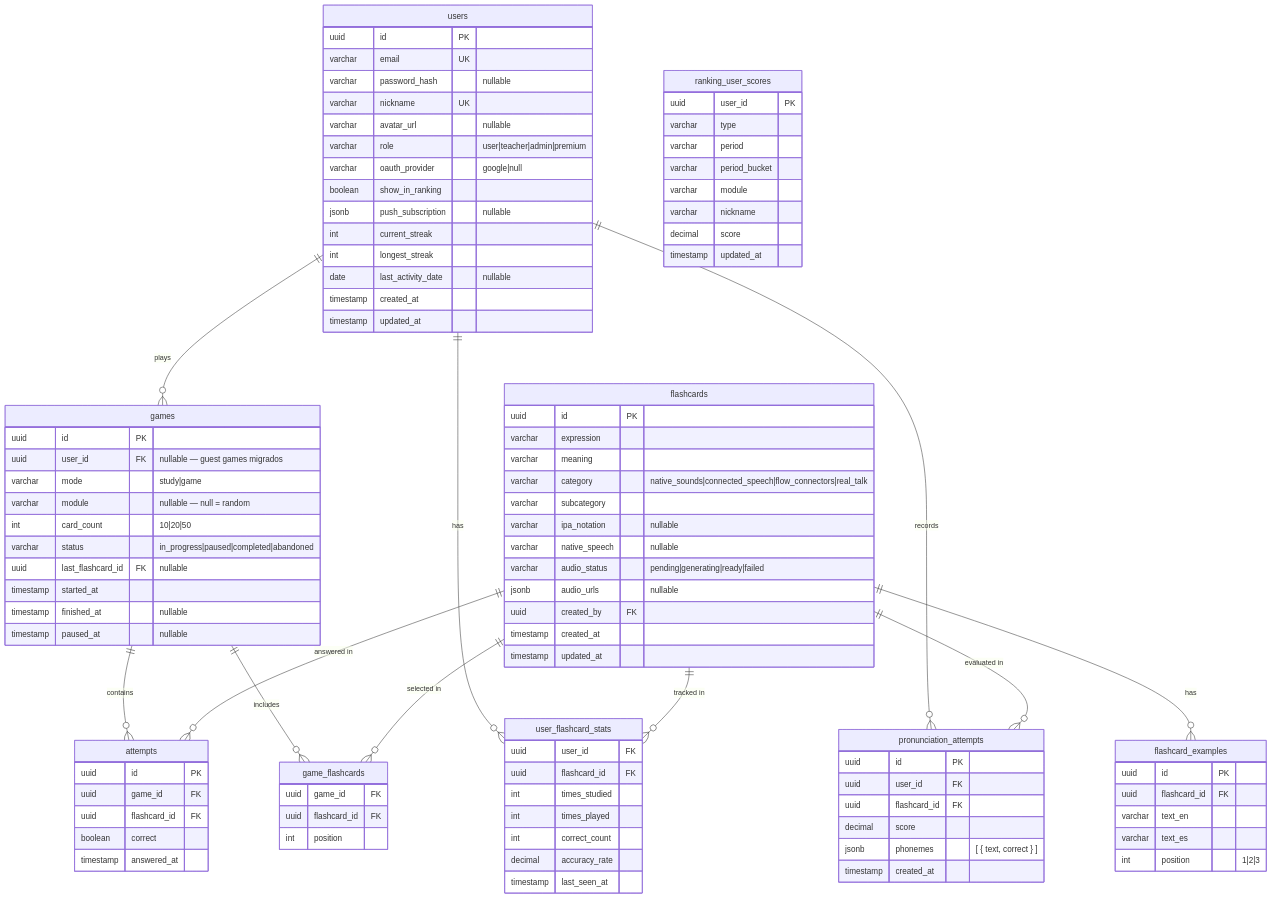
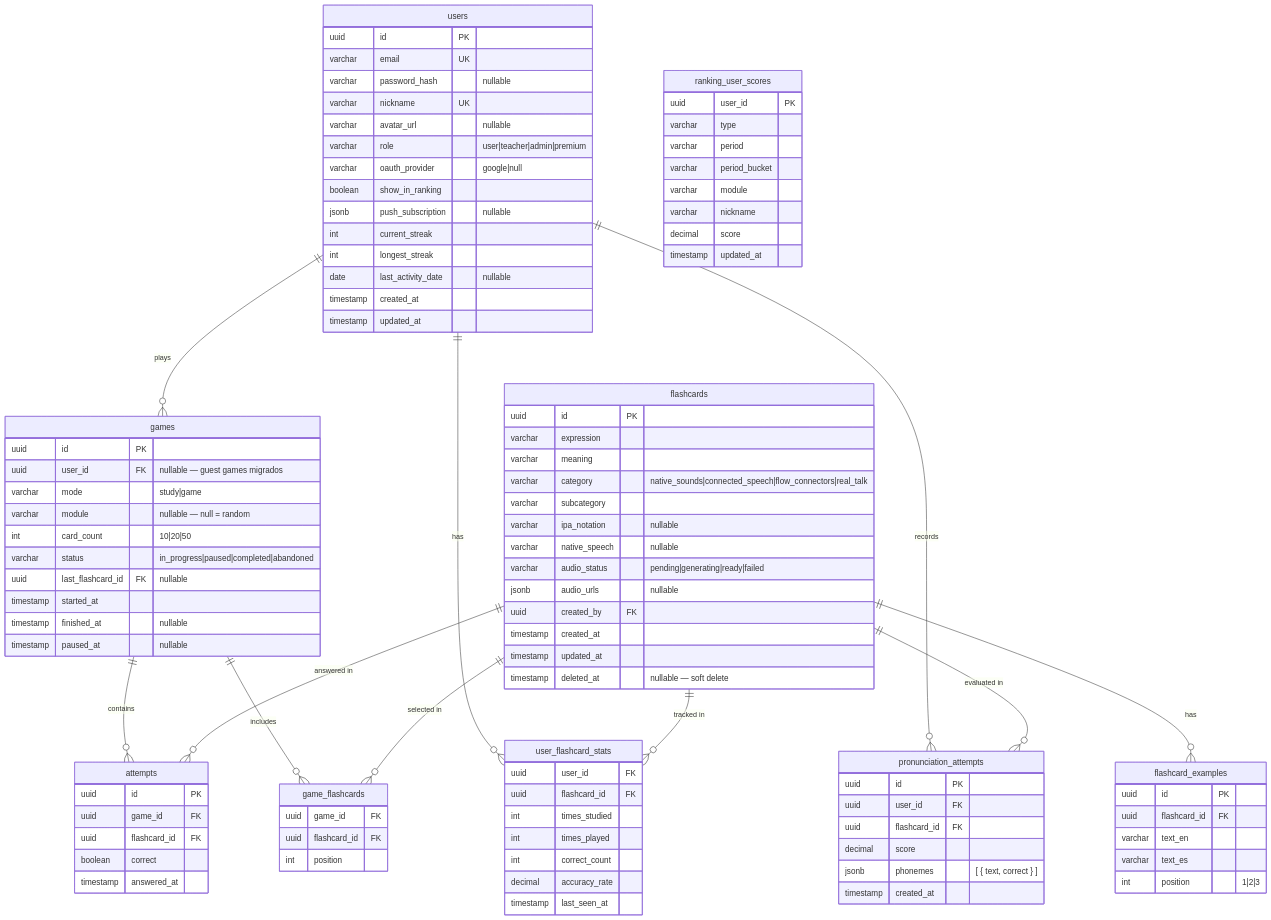
Before and after one commit to AbrahamVilchesDeLaCruz/ididntcatchthat: the diagram in docs/domain/db-schema.md, drawn with Mermaid. The commit also changed other lines of this file and 15 other files, not shown here.

First line of the commit message:
feat(api): add flashcard soft delete for backoffice

```diff
--- a/docs/domain/db-schema.md
+++ b/docs/domain/db-schema.md
@@ -39,6 +39,7 @@
         uuid created_by FK
         timestamp created_at
         timestamp updated_at
+        timestamp deleted_at "nullable — soft delete"
     }
 
     flashcard_examples {
```
